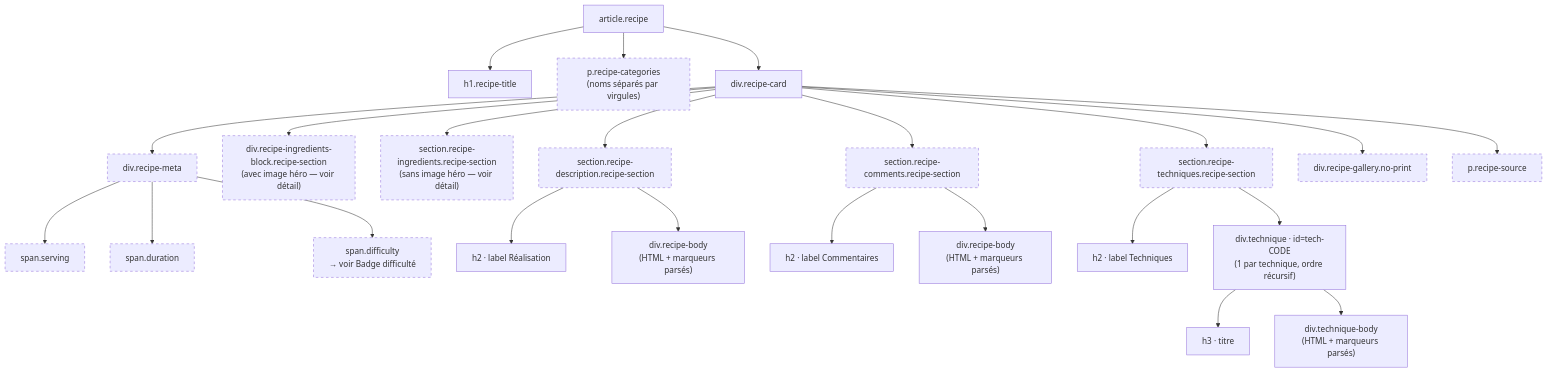
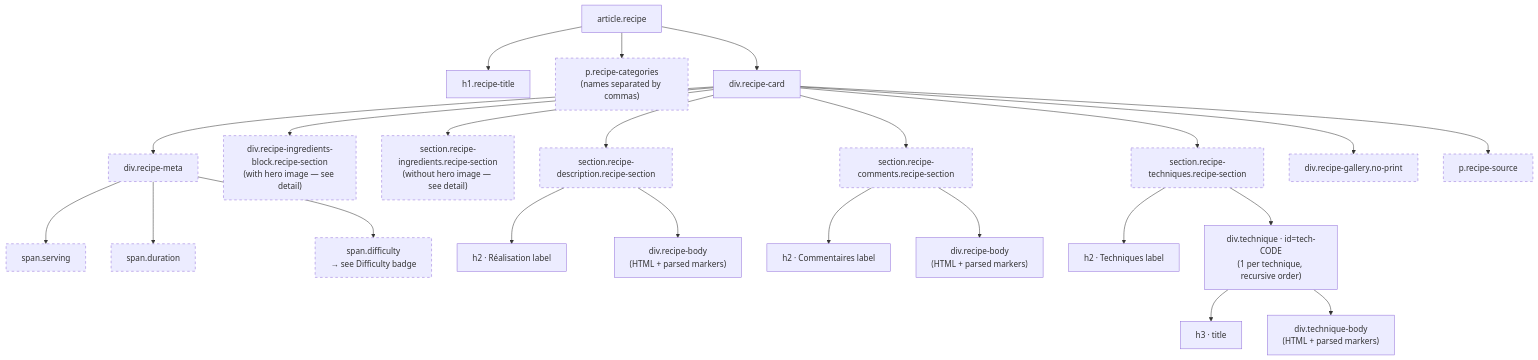
Before and after one commit to ppoilbarbe/PBRecipe: the first of 6 diagrams in RECIPE_DOM.md, drawn with Mermaid. The commit also changed other lines of this file and 8 other files, not shown here.

````diff
--- a/RECIPE_DOM.md
+++ b/RECIPE_DOM.md
@@ -10,35 +10,35 @@
 ```mermaid
 graph TD
     classDef opt stroke-dasharray:5 5
 
     article["article.recipe"]
 
     article --> h1["h1.recipe-title"]
-    article --> cats["p.recipe-categories\n(noms séparés par virgules)"]:::opt
+    article --> cats["p.recipe-categories\n(names separated by commas)"]:::opt
     article --> card["div.recipe-card"]
 
     card --> meta["div.recipe-meta"]:::opt
-    card --> ingblock["div.recipe-ingredients-block.recipe-section\n(avec image héro — voir détail)"]:::opt
-    card --> ingsect["section.recipe-ingredients.recipe-section\n(sans image héro — voir détail)"]:::opt
+    card --> ingblock["div.recipe-ingredients-block.recipe-section\n(with hero image — see detail)"]:::opt
+    card --> ingsect["section.recipe-ingredients.recipe-section\n(without hero image — see detail)"]:::opt
     card --> desc["section.recipe-description.recipe-section"]:::opt
     card --> comm["section.recipe-comments.recipe-section"]:::opt
     card --> tech["section.recipe-techniques.recipe-section"]:::opt
     card --> gallery["div.recipe-gallery.no-print"]:::opt
     card --> source["p.recipe-source"]:::opt
 
     meta --> serving["span.serving"]:::opt
     meta --> duration["span.duration"]:::opt
-    meta --> diff["span.difficulty\n→ voir Badge difficulté"]:::opt
+    meta --> diff["span.difficulty\n→ see Difficulty badge"]:::opt
 
-    desc --> h2desc["h2 · label Réalisation"]
-    desc --> bdesc["div.recipe-body\n(HTML + marqueurs parsés)"]
+    desc --> h2desc["h2 · Réalisation label"]
+    desc --> bdesc["div.recipe-body\n(HTML + parsed markers)"]
 
-    comm --> h2comm["h2 · label Commentaires"]
-    comm --> bcomm["div.recipe-body\n(HTML + marqueurs parsés)"]
+    comm --> h2comm["h2 · Commentaires label"]
+    comm --> bcomm["div.recipe-body\n(HTML + parsed markers)"]
 
-    tech --> h2tech["h2 · label Techniques"]
-    tech --> techitem["div.technique · id=tech-CODE\n(1 par technique, ordre récursif)"]
+    tech --> h2tech["h2 · Techniques label"]
+    tech --> techitem["div.technique · id=tech-CODE\n(1 per technique, recursive order)"]
 
-    techitem --> h3["h3 · titre"]
-    techitem --> tbody["div.technique-body\n(HTML + marqueurs parsés)"]
+    techitem --> h3["h3 · title"]
+    techitem --> tbody["div.technique-body\n(HTML + parsed markers)"]
 ```
````
